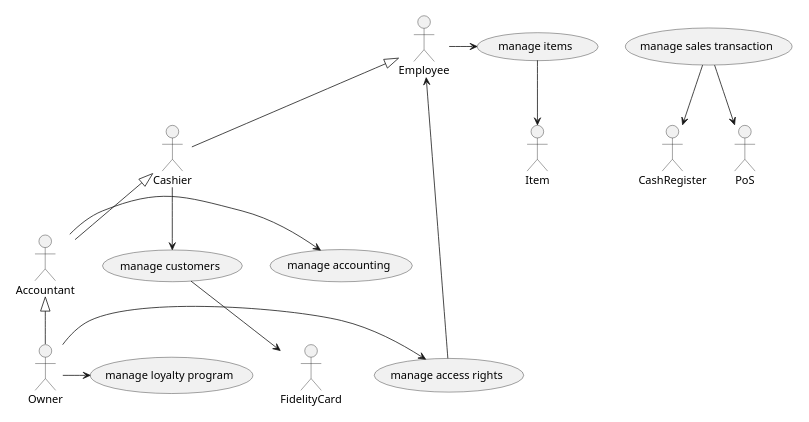
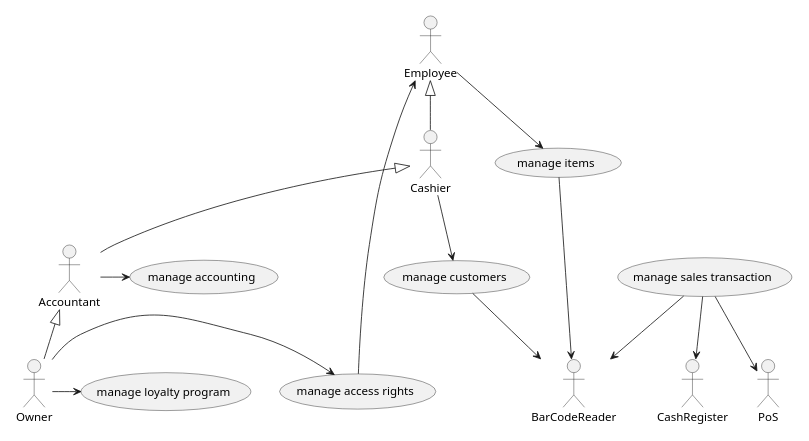
Before and after one commit to djemar/softeng_ezshop: the second of 6 diagrams in Deliverables/RequirementsDocument.md, drawn with PlantUML. The commit also changed other lines of this file, not shown here.

Commit message:
Context diagram-UCD-UC modified

````diff
--- a/Deliverables/RequirementsDocument.md
+++ b/Deliverables/RequirementsDocument.md
@@ -205,25 +201,25 @@
 ```plantuml
 scale 500 width
 actor Owner as o
 actor Employee as e
 actor CashRegister as ca
-actor Item as i
 actor Accountant as acc
-actor FidelityCard as fc
+actor BarCodeReader as bc
 actor Cashier as c
 actor PoS as pos
 
 acc -> (manage accounting)
 e -> (manage items)
-(manage items) --> i
+(manage items) -> bc
 (manage sales transaction) --> ca
+(manage sales transaction) --> bc
 (manage sales transaction) --> pos
 c --> (manage customers)
-(manage customers) --> fc
+(manage customers) --> bc
 o -> (manage access rights)
 o -> (manage loyalty program)
 (manage access rights) -> e
 o -up-|> acc
 acc -up-|> c
 c -up-|> e
 ```
````
